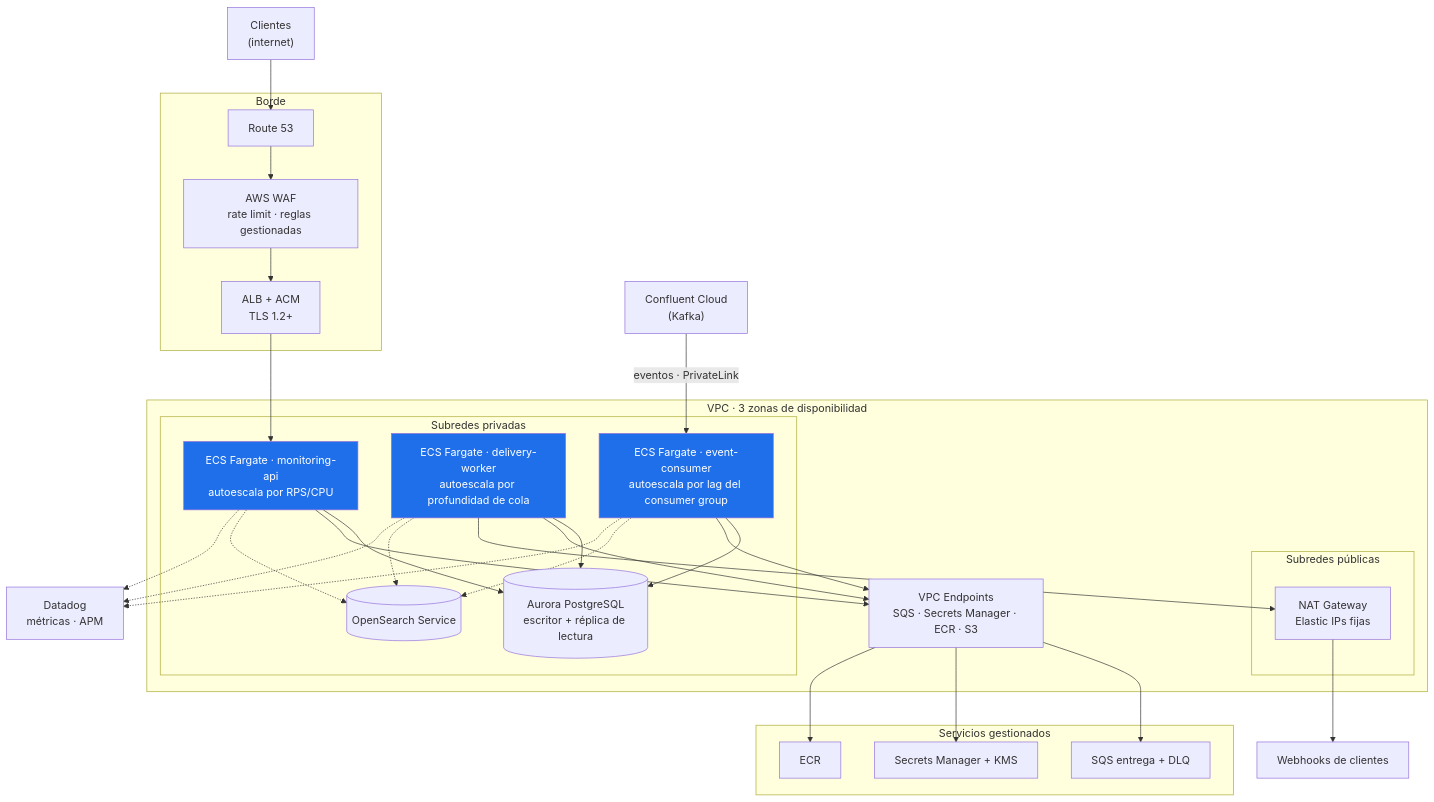
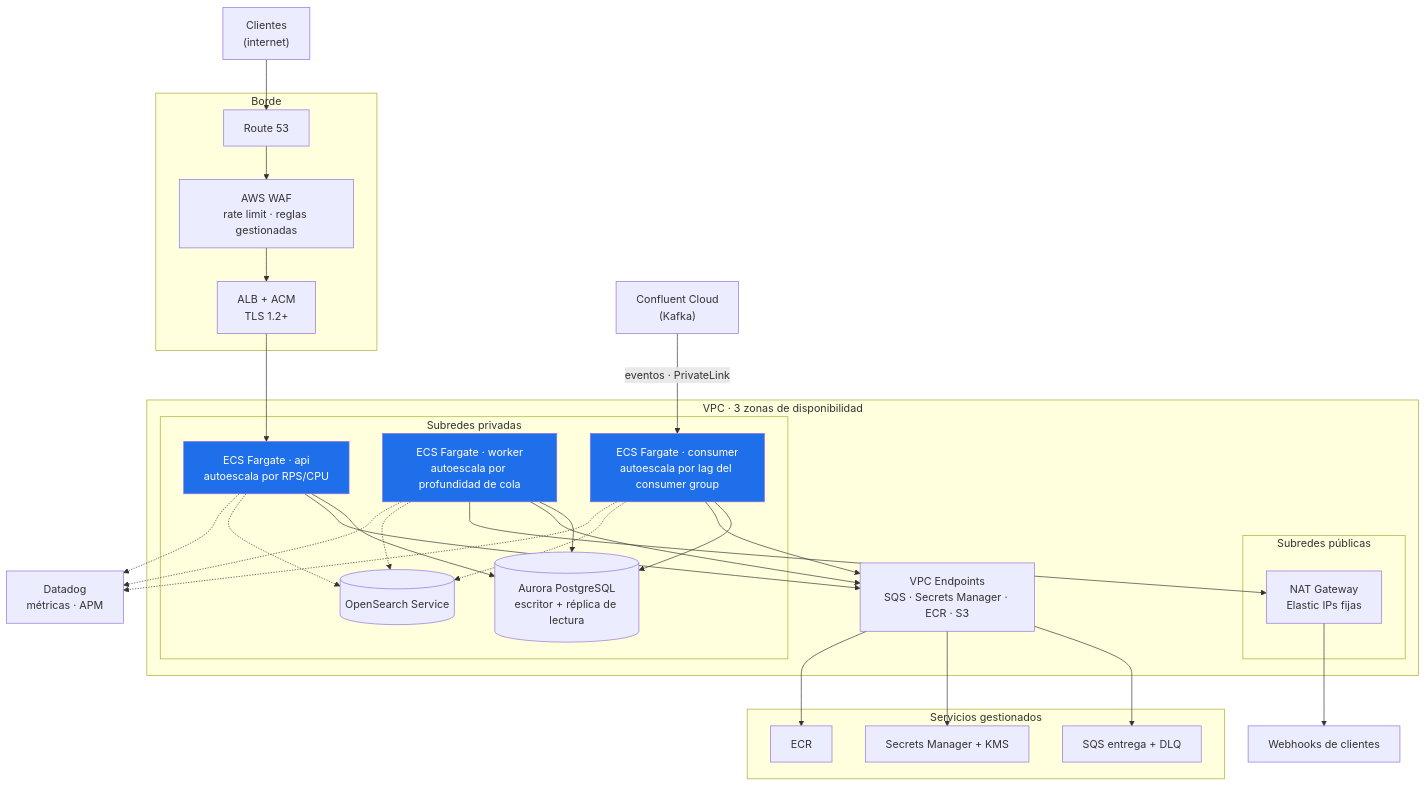
Before and after one commit to ssalaza7/cobre-notification-delivery: the seventh of 7 diagrams in docs/01-diseno-del-sistema.md, drawn with Mermaid. The commit also changed other lines of this file and 140 other files, not shown here.

````diff
--- a/docs/01-diseno-del-sistema.md
+++ b/docs/01-diseno-del-sistema.md
@@ -384,56 +384,56 @@
 ```mermaid
 flowchart TB
     users["Clientes<br/>(internet)"]
 
     subgraph edge["Borde"]
         r53["Route 53"]
         waf["AWS WAF<br/>rate limit · reglas gestionadas"]
         alb["ALB + ACM<br/>TLS 1.2+"]
     end
 
     subgraph vpc["VPC · 3 zonas de disponibilidad"]
         subgraph pub["Subredes públicas"]
             nat["NAT Gateway<br/>Elastic IPs fijas"]
         end
         subgraph priv["Subredes privadas"]
-            api["ECS Fargate · monitoring-api<br/>autoescala por RPS/CPU"]
-            worker["ECS Fargate · delivery-worker<br/>autoescala por profundidad de cola"]
-            consumer["ECS Fargate · event-consumer<br/>autoescala por lag del consumer group"]
+            api["ECS Fargate · api<br/>autoescala por RPS/CPU"]
+            worker["ECS Fargate · worker<br/>autoescala por profundidad de cola"]
+            consumer["ECS Fargate · consumer<br/>autoescala por lag del consumer group"]
             aurora[("Aurora PostgreSQL<br/>escritor + réplica de lectura")]
             os[("OpenSearch Service")]
         end
         vpce["VPC Endpoints<br/>SQS · Secrets Manager · ECR · S3"]
     end
 
     subgraph aws["Servicios gestionados"]
         sqs["SQS entrega + DLQ"]
         sm["Secrets Manager + KMS"]
         ecr["ECR"]
     end
 
     confluent["Confluent Cloud<br/>(Kafka)"]
     hooks["Webhooks de clientes"]
     dd["Datadog<br/>métricas · APM"]
 
     users --> r53 --> waf --> alb --> api
     confluent -- "eventos · PrivateLink" --> consumer
     consumer --> aurora
     consumer --> vpce
     api --> aurora
     worker --> aurora
     api --> vpce --> sqs
     worker --> vpce
     vpce --> sm
     vpce --> ecr
     worker --> nat --> hooks
     api -.-> os
     worker -.-> os
     consumer -.-> os
     api -.-> dd
     worker -.-> dd
     consumer -.-> dd
 
     style api fill:#1f6feb,color:#fff
     style worker fill:#1f6feb,color:#fff
     style consumer fill:#1f6feb,color:#fff
 ```
````
